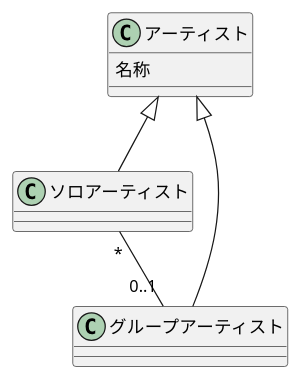
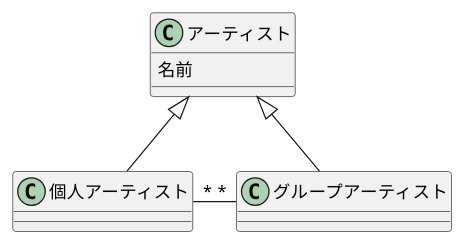
The diagram in ch05/excercise/5-3.puml (yinm/uml-modeling-lesson), drawn with PlantUML before and after one commit. The commit also changed 1 other file, not shown here.

```diff
--- a/ch05/excercise/5-3.puml
+++ b/ch05/excercise/5-3.puml
@@ -1,15 +1,15 @@
 @startuml
 
 class アーティスト {
-  名称
+  名前
 }
 
-class ソロアーティスト
+class 個人アーティスト
 class グループアーティスト
 
-アーティスト <|-- ソロアーティスト
+アーティスト <|-- 個人アーティスト
 アーティスト <|-- グループアーティスト
 
-ソロアーティスト "*"--"0..1" グループアーティスト
+個人アーティスト "*"-r-"*" グループアーティスト
 
 @enduml
```
